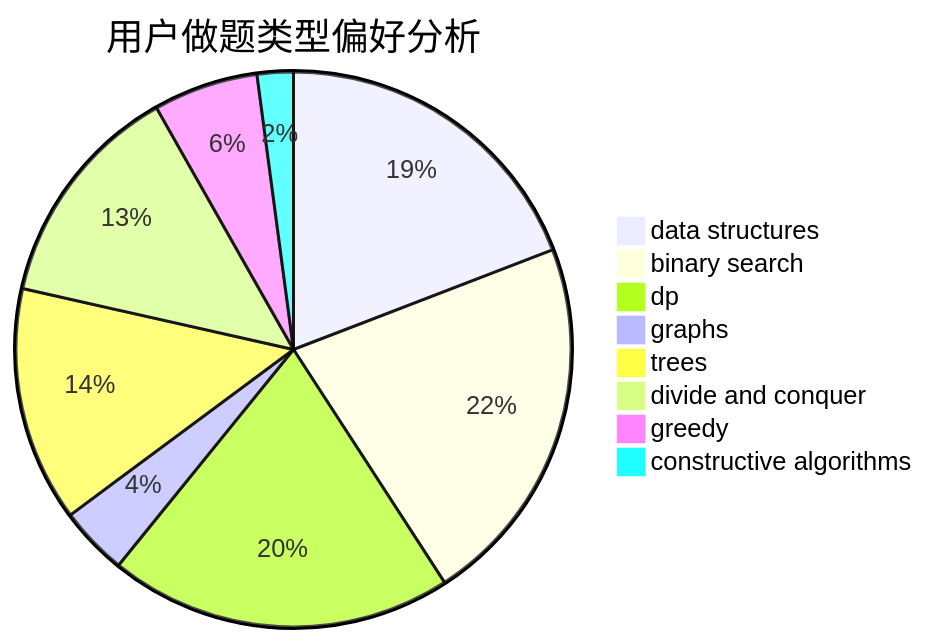
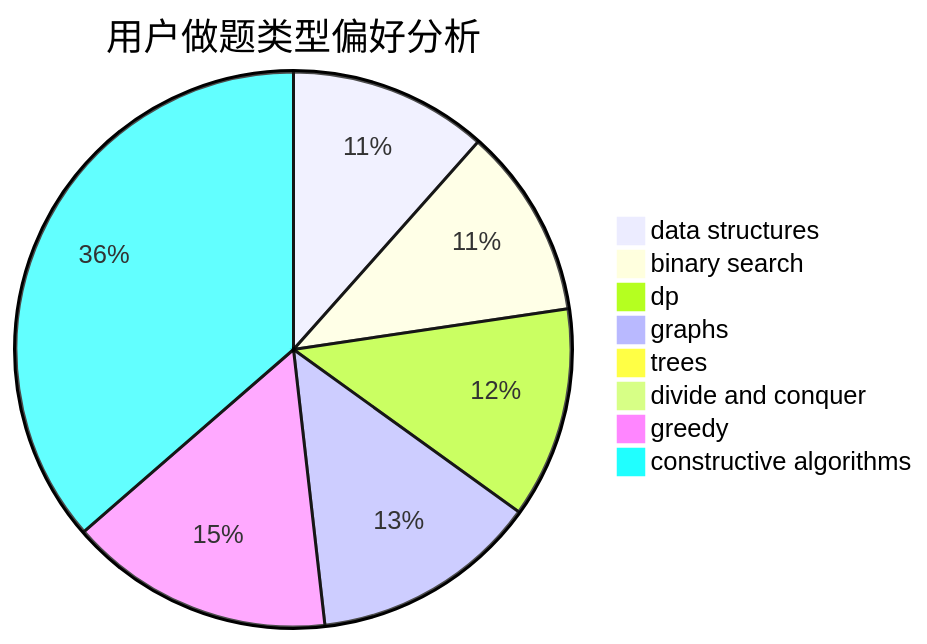
One commit to sherpahu/cfrs.github.io changed the second of 3 diagrams in docs/user/u901.md. Above: the diagram before and after it, drawn with Mermaid. The commit also changed other lines of this file and 2770 other files, not shown here.

````diff
--- a/docs/user/u901.md
+++ b/docs/user/u901.md
@@ -23,11 +23,11 @@
 ```mermaid
 pie title 用户做题类型偏好分析
-    "data structures" :  91
-    "binary search" :  103
-    "dp" :  95
-    "graphs" :  19
-    "trees" :  65
-    "divide and conquer" :  63
-    "greedy" :  29
-    "constructive algorithms" :  10
+    "data structures" :  48
+    "binary search" :  46
+    "dp" :  51
+    "graphs" :  55
+    "trees" :  4
+    "divide and conquer" :  0
+    "greedy" :  64
+    "constructive algorithms" :  151
 ```
````
